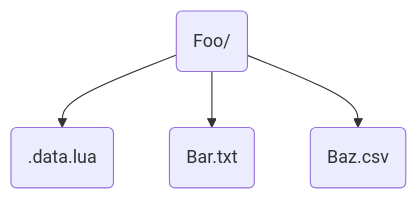
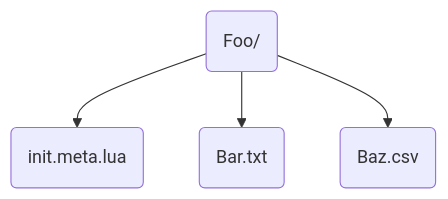
Before and after one commit to argon-rbx/argon-wiki: the third of 7 diagrams in api/file-types.mdx, drawn with Mermaid. The commit also changed other lines of this file and 2 other files, not shown here.

Commit message:
Update available SyncRule types, remove `.src` and `.data` from all docs

`````diff
--- a/api/file-types.mdx
+++ b/api/file-types.mdx
@@ -84,12 +84,12 @@
 ```mermaid
 graph TD;
   foo(Foo/)
-  .data(.data.lua)
+  init(init.meta.lua)
   bar(Bar.txt)
   baz(Baz.csv)
 
-foo --> .data
+foo --> init
 foo --> bar
 foo --> baz
 
 ````
`````
